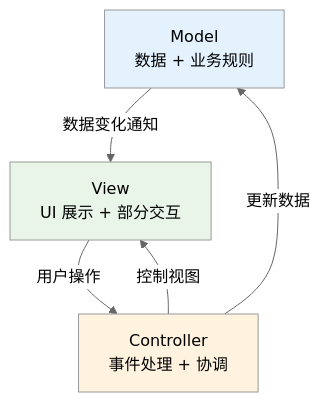
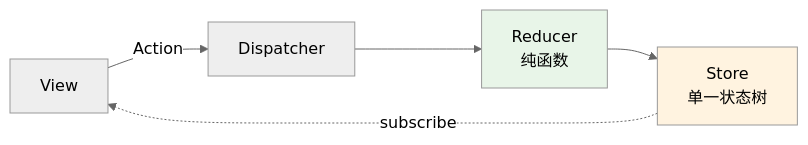
One commit to chongyang211/YCBookBlog changed the seventh of 12 diagrams in docs/10.真经/05.方案设计思想/01.通用架构设计方案.md. Above: the diagram before and after it, drawn with Mermaid (neutral theme). The commit also changed other lines of this file and 36 other files, not shown here.

````diff
--- a/docs/10.真经/05.方案设计思想/01.通用架构设计方案.md
+++ b/docs/10.真经/05.方案设计思想/01.通用架构设计方案.md
@@ -290,15 +446,10 @@
 ```mermaid
-graph TB
-    M[Model<br/>数据 + 业务规则]
-    V[View<br/>UI 展示 + 部分交互]
-    C[Controller<br/>事件处理 + 协调]
+graph LR
+    View[View] -->|Action| Dispatcher[Dispatcher]
+    Dispatcher --> Reducer[Reducer<br/>纯函数]
+    Reducer --> Store[Store<br/>单一状态树]
+    Store -.subscribe.-> View
     
-    V -->|用户操作| C
-    C -->|更新数据| M
-    M -->|数据变化通知| V
-    C -->|控制视图| V
-    
-    style M fill:#e3f2fd
-    style V fill:#e8f5e8
-    style C fill:#fff3e0
+    style Reducer fill:#e8f5e8
+    style Store fill:#fff3e0
 ```
````
